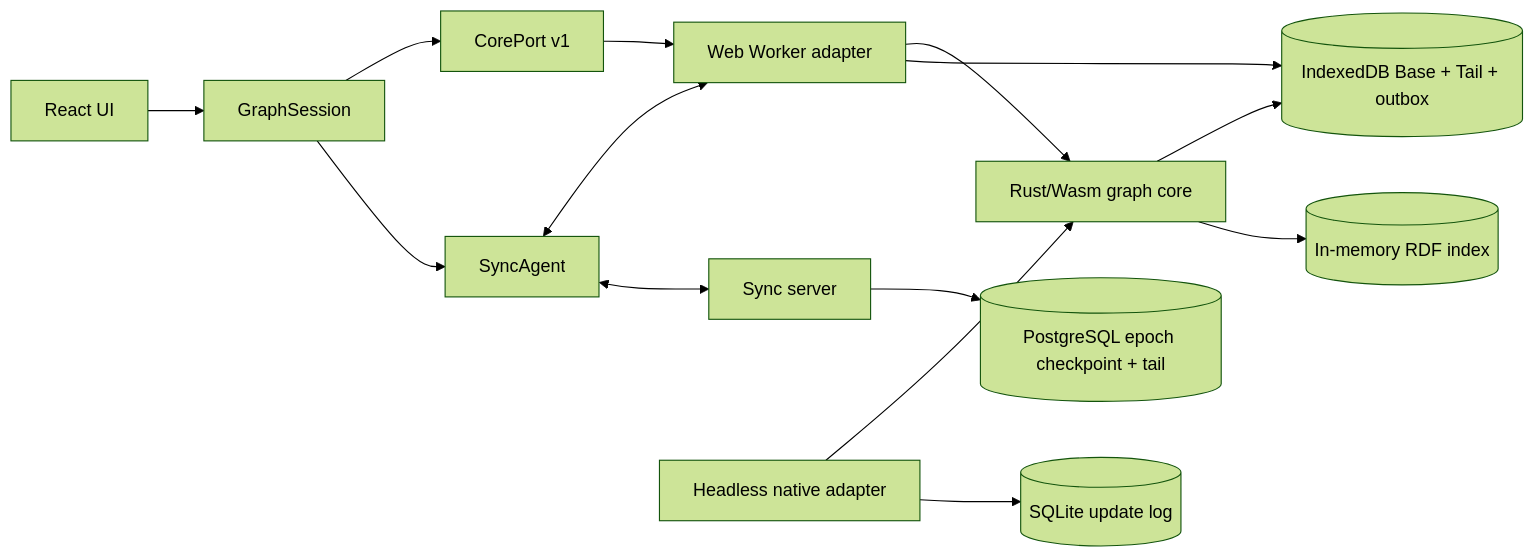
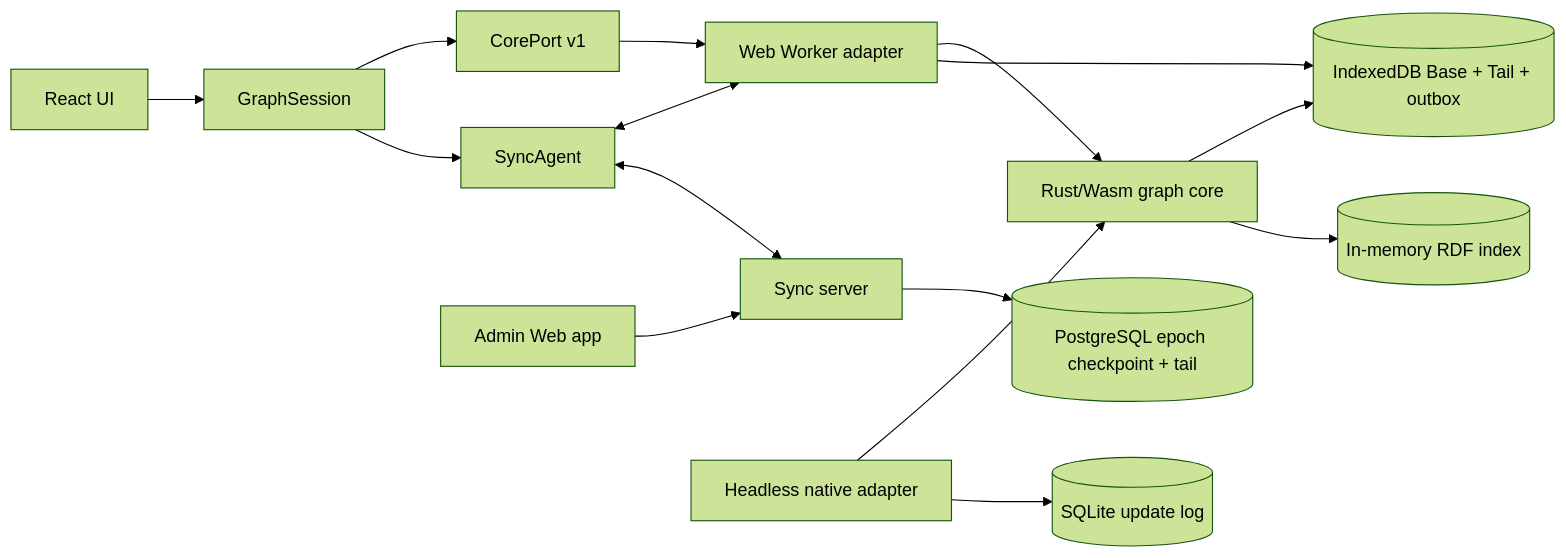
The diagram in ARCHITECTURE.md (waneon/neoseq), drawn with Mermaid (forest theme) before and after one commit. The commit also changed other lines of this file and 35 other files, not shown here.

````diff
--- a/ARCHITECTURE.md
+++ b/ARCHITECTURE.md
@@ -39,18 +39,20 @@
 ```mermaid
 flowchart LR
     UI[React UI] --> Session[GraphSession]
     Session --> Port[CorePort v1]
     Session --> Agent[SyncAgent]
     Port --> Worker[Web Worker adapter]
     Worker --> Core[Rust/Wasm graph core]
     Worker --> Store[(IndexedDB Base + Tail + outbox)]
     Core --> Store
     Core --> Index[(In-memory RDF index)]
 
     Agent <--> Worker
     Agent <--> Sync[Sync server]
     Sync --> Postgres[(PostgreSQL epoch checkpoint + tail)]
 
+    Admin[Admin Web app] --> Sync
+
     Native[Headless native adapter] --> Core
     Native --> SQLite[(SQLite update log)]
 ```
````
